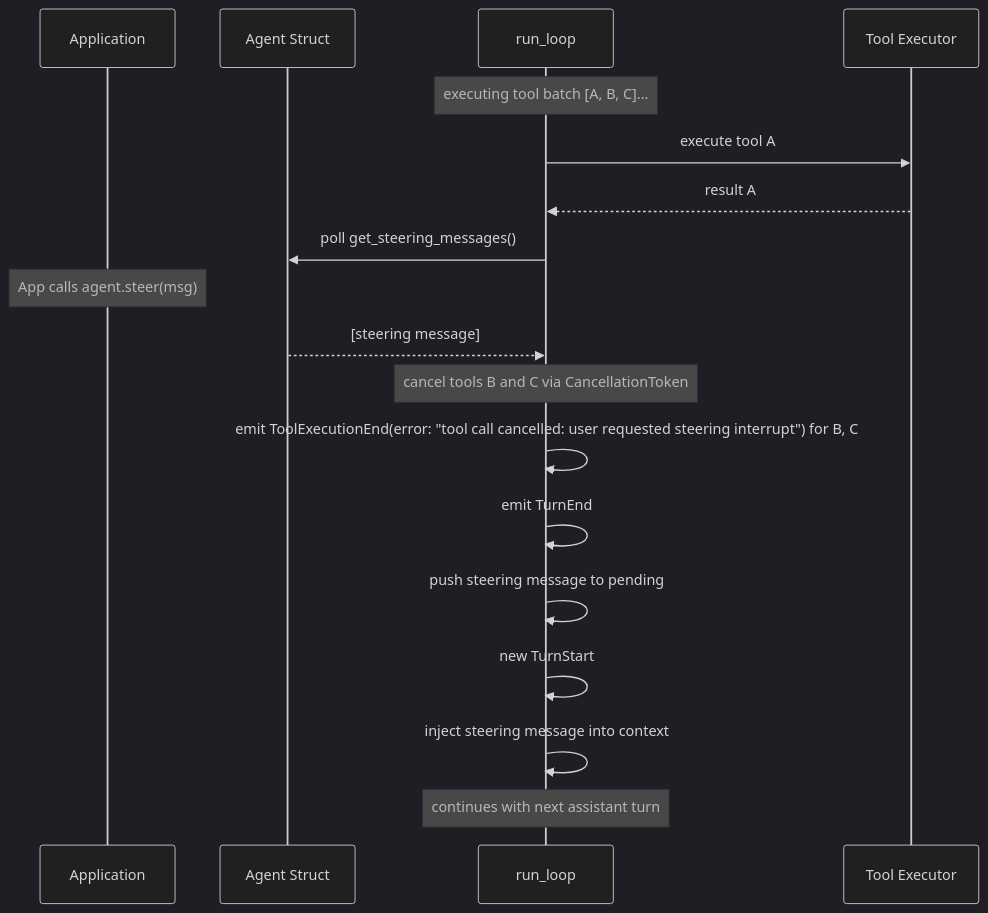
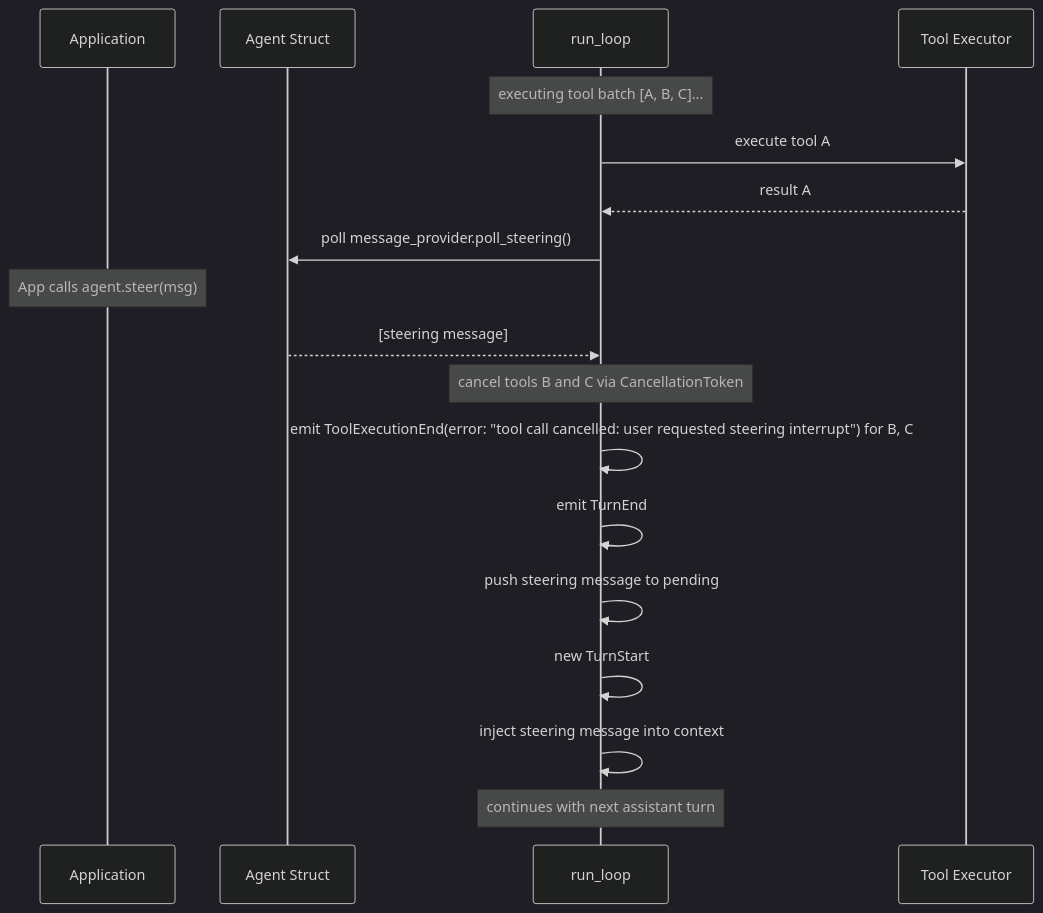
The fourth of 5 diagrams in docs/architecture/agent-loop/README.md (SuperSwinkAI/Swink-Agent), drawn with Mermaid (dark theme) before and after one commit. The commit also changed other lines of this file and 82 other files, not shown here.

````diff
--- a/docs/architecture/agent-loop/README.md
+++ b/docs/architecture/agent-loop/README.md
@@ -184,22 +186,22 @@
 ```mermaid
 sequenceDiagram
     participant App as Application
     participant Agent as Agent Struct
     participant RunLoop as run_loop
     participant Tools as Tool Executor
 
     Note over RunLoop: executing tool batch [A, B, C]...
     RunLoop->>Tools: execute tool A
     Tools-->>RunLoop: result A
-    RunLoop->>Agent: poll get_steering_messages()
+    RunLoop->>Agent: poll message_provider.poll_steering()
     Note over App: App calls agent.steer(msg)
     Agent-->>RunLoop: [steering message]
 
     Note over RunLoop: cancel tools B and C via CancellationToken
     RunLoop->>RunLoop: emit ToolExecutionEnd(error: "tool call cancelled: user requested steering interrupt") for B, C
     RunLoop->>RunLoop: emit TurnEnd
     RunLoop->>RunLoop: push steering message to pending
     RunLoop->>RunLoop: new TurnStart
     RunLoop->>RunLoop: inject steering message into context
     Note over RunLoop: continues with next assistant turn
 ```
````
